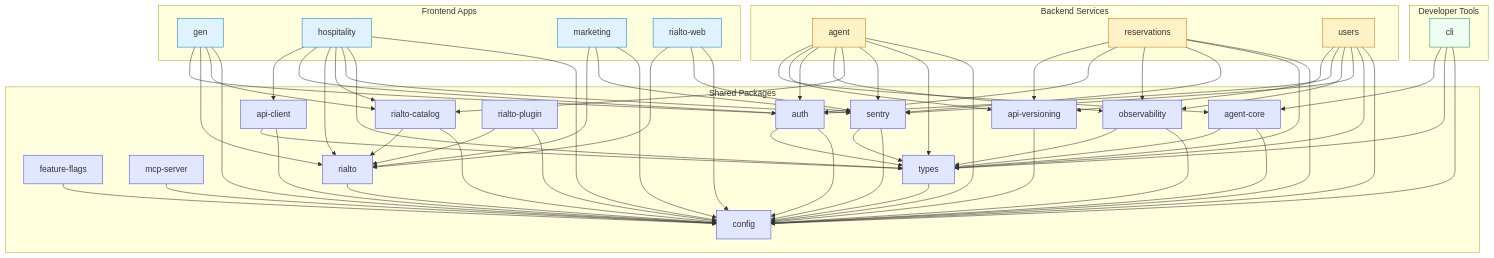
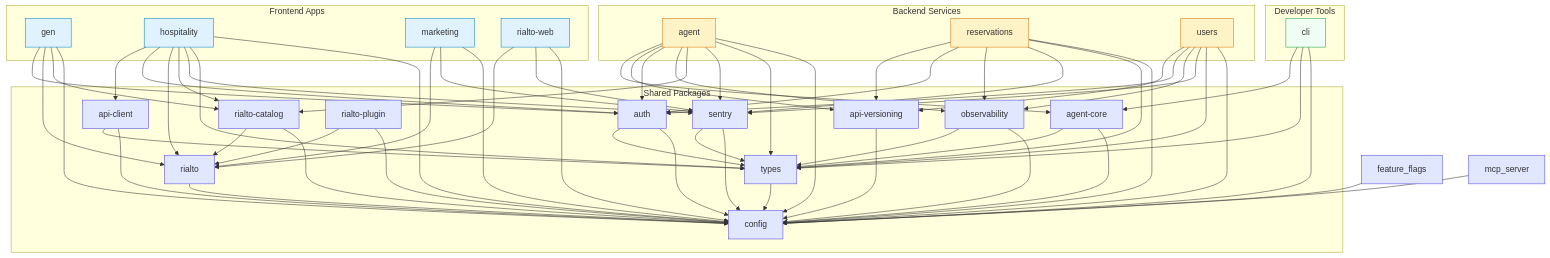
One commit to mattbutlerengineering/mattbutlerengineering changed the diagram in docs/architecture/dependency-graph.md. Above: the diagram before and after it, drawn with Mermaid. The commit also changed 34 other files, not shown here.

```diff
--- a/docs/architecture/dependency-graph.md
+++ b/docs/architecture/dependency-graph.md
@@ -24,8 +24,6 @@
     api_versioning["api-versioning"]
     auth["auth"]
     config["config"]
-    feature_flags["feature-flags"]
-    mcp_server["mcp-server"]
     observability["observability"]
     rialto["rialto"]
     rialto_catalog["rialto-catalog"]
```
